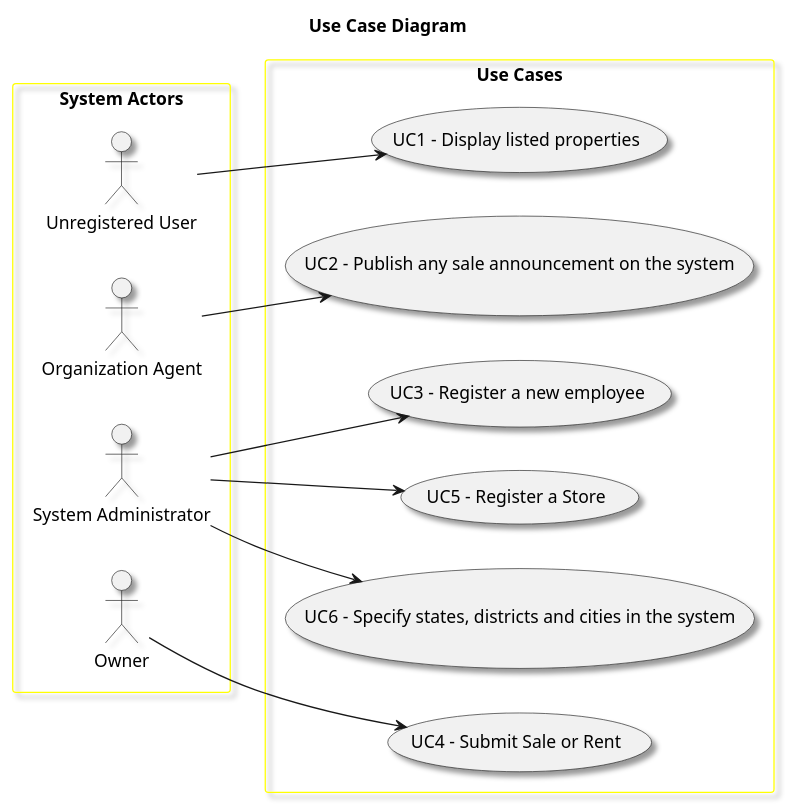
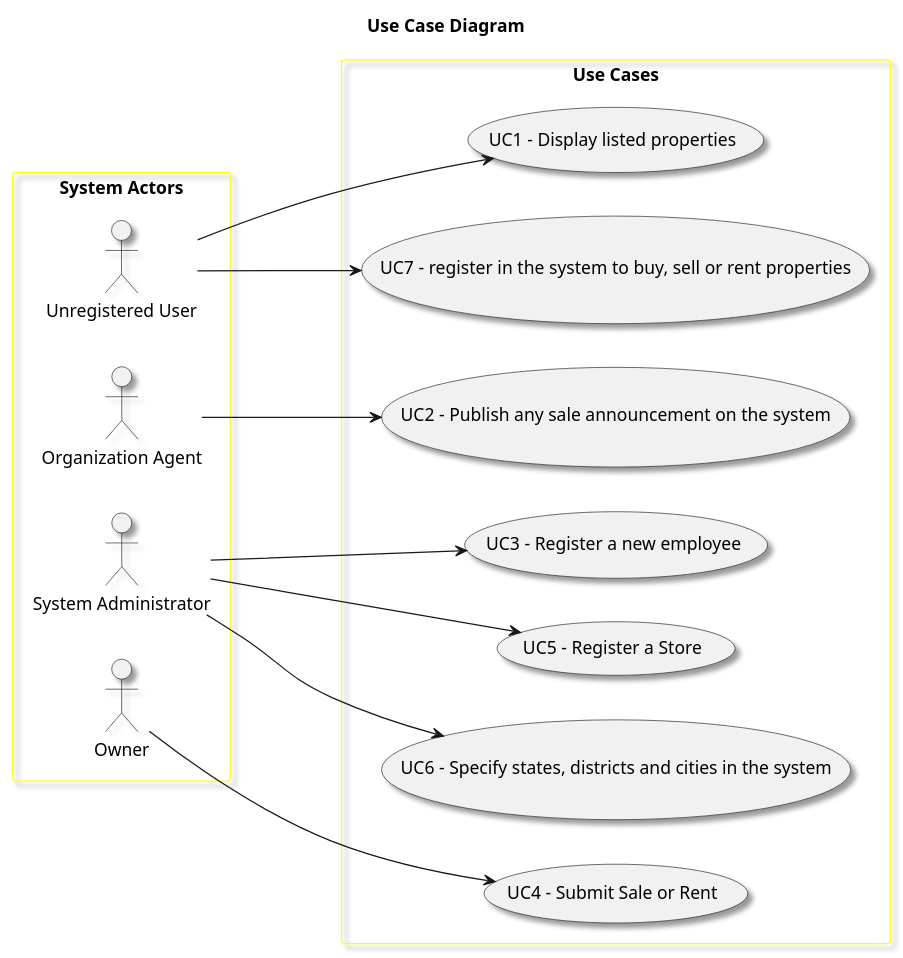
Before and after one commit to Goncalves2525/real-estate-management-system: the diagram in docs/sprintB/global-artifacts/01.requirements-engineering/puml/use-case-diagram.puml, drawn with PlantUML. The commit also changed 16 other files, not shown here.

Commit message:
Use Case Diagram and us3 ssd and sd

```diff
--- a/docs/sprintB/global-artifacts/01.requirements-engineering/puml/use-case-diagram.puml
+++ b/docs/sprintB/global-artifacts/01.requirements-engineering/puml/use-case-diagram.puml
@@ -1,40 +1,39 @@
 @startuml
 'skinparam monochrome true
 skinparam packageStyle rectangle
 skinparam shadowing true
 
 skinparam rectangle{
     BorderColor yellow
 }
 
 title Use Case Diagram
 
 left to right direction
 
 rectangle "System Actors" as actors {
     actor "Unregistered User"
     actor "Organization Agent"
     actor "System Administrator"
     actor "Owner"
 }
 
 
 rectangle "Use Cases" as usecases{
     usecase "UC1 - Display listed properties" as UC1
-    "Unregistered User" --> UC1
+            "Unregistered User" ---> UC1
     usecase "UC2 - Publish any sale announcement on the system" as UC2
-        "Organization Agent" --> UC2
+            "Organization Agent" --> UC2
     usecase "UC3 - Register a new employee" as UC3
             "System Administrator" --> UC3
     usecase "UC4 - Submit Sale or Rent" as UC4
-                "Owner" --> UC4
+            "Owner" --> UC4
     usecase "UC5 - Register a Store" as UC5
             "System Administrator" --> UC5
     usecase "UC6 - Specify states, districts and cities in the system" as UC6
             "System Administrator" --> UC6
+    usecase "UC7 - register in the system to buy, sell or rent properties" as UC7
+            "Unregistered User" --> UC7
 }
 
-
-
-
 @enduml
```
